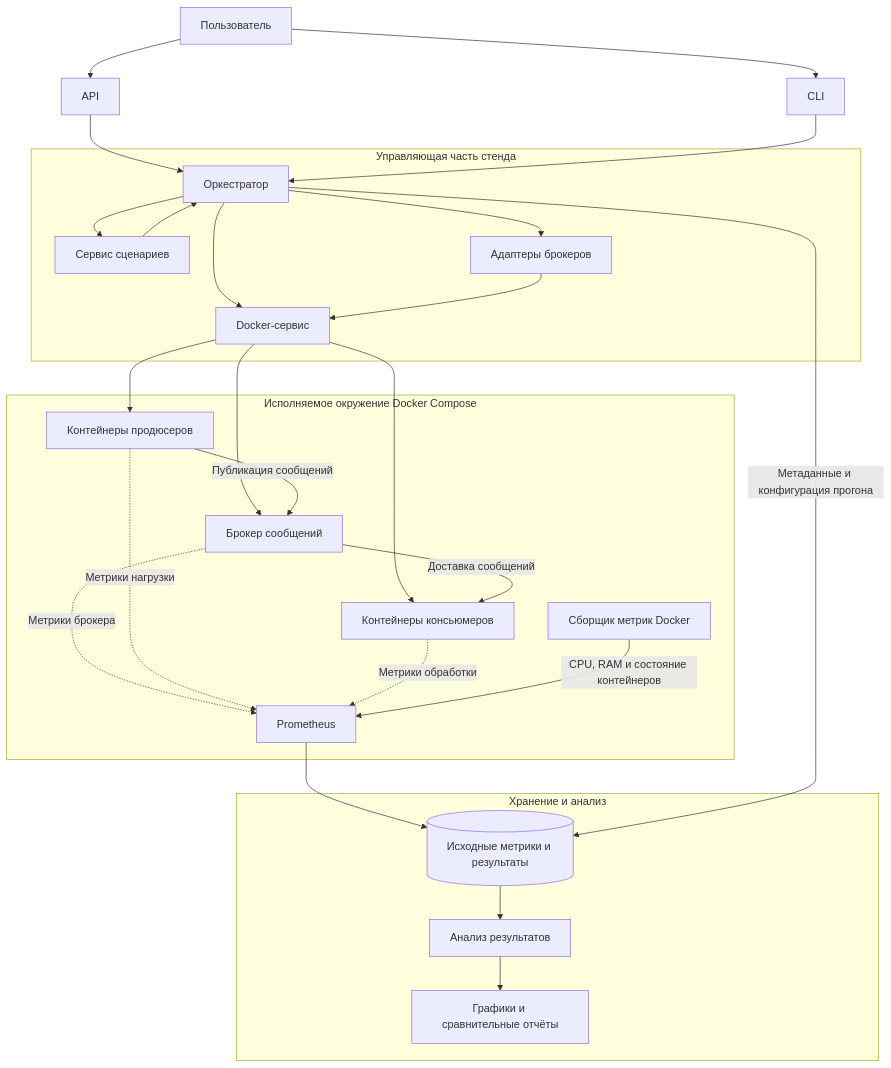
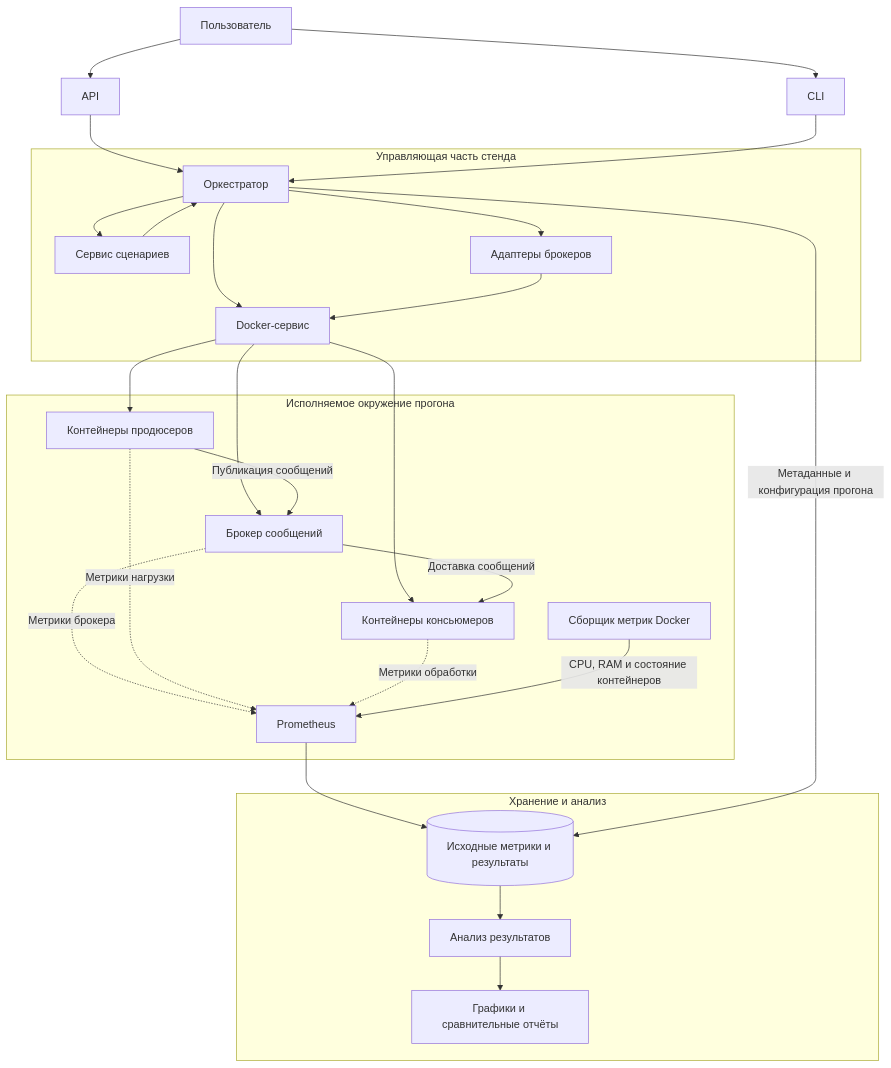
Before and after one commit to jojiiikol/itmo-python: the diagram in task/docs/analyze_articles.md, drawn with Mermaid. The commit also changed other lines of this file, not shown here.

````diff
--- a/task/docs/analyze_articles.md
+++ b/task/docs/analyze_articles.md
@@ -209,57 +207,57 @@
 ```mermaid
 flowchart TB
     USER["Пользователь"]
     API["API"]
     CLI["CLI"]
 
     subgraph CONTROL["Управляющая часть стенда"]
         ORCH["Оркестратор"]
         SCEN["Сервис сценариев"]
         DOCKER["Docker-сервис"]
         ADAPTER["Адаптеры брокеров"]
     end
 
-    subgraph EXEC["Исполняемое окружение Docker Compose"]
+    subgraph EXEC["Исполняемое окружение прогона"]
         BROKER["Брокер сообщений"]
         PROD["Контейнеры продюсеров"]
         CONS["Контейнеры консьюмеров"]
         PROM["Prometheus"]
         EXPORTER["Сборщик метрик Docker"]
     end
 
     subgraph RESULTS["Хранение и анализ"]
         RAW[("Исходные метрики и результаты")]
         ANALYSIS["Анализ результатов"]
         REPORT["Графики и сравнительные отчёты"]
     end
 
     USER --> API
     USER --> CLI
     API --> ORCH
     CLI --> ORCH
 
     ORCH --> SCEN
     ORCH --> DOCKER
     ORCH --> ADAPTER
 
     SCEN --> ORCH
     ADAPTER --> DOCKER
 
     DOCKER --> BROKER
     DOCKER --> PROD
     DOCKER --> CONS
 
     PROD -->|"Публикация сообщений"| BROKER
     BROKER -->|"Доставка сообщений"| CONS
 
     BROKER -.->|"Метрики брокера"| PROM
     PROD -.->|"Метрики нагрузки"| PROM
     CONS -.->|"Метрики обработки"| PROM
     EXPORTER -->|"CPU, RAM и состояние контейнеров"| PROM
 
     PROM --> RAW
     ORCH -->|"Метаданные и конфигурация прогона"| RAW
 
     RAW --> ANALYSIS
     ANALYSIS --> REPORT
 ```
````
